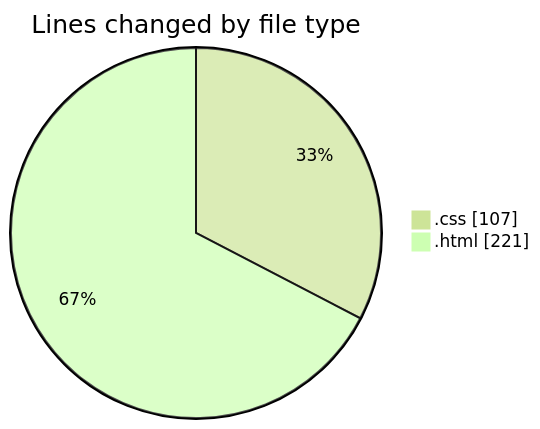
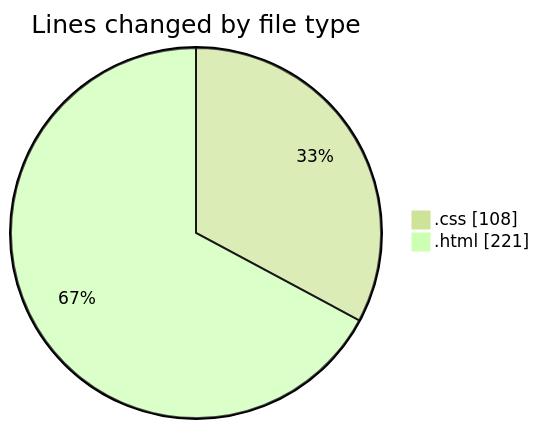
The first of 2 diagrams in 2025-02-04/recipe-page-main/README.md (NitaiMahat/code-tracking), drawn with Mermaid (forest theme) before and after one commit. The commit also changed other lines of this file and 1 other file, not shown here.

````diff
--- a/2025-02-04/recipe-page-main/README.md
+++ b/2025-02-04/recipe-page-main/README.md
@@ -21,6 +21,6 @@
 ```mermaid
 pie showData
 title Lines changed by file type
-".css" : 107
+".css" : 108
 ".html" : 221
 ```
````
